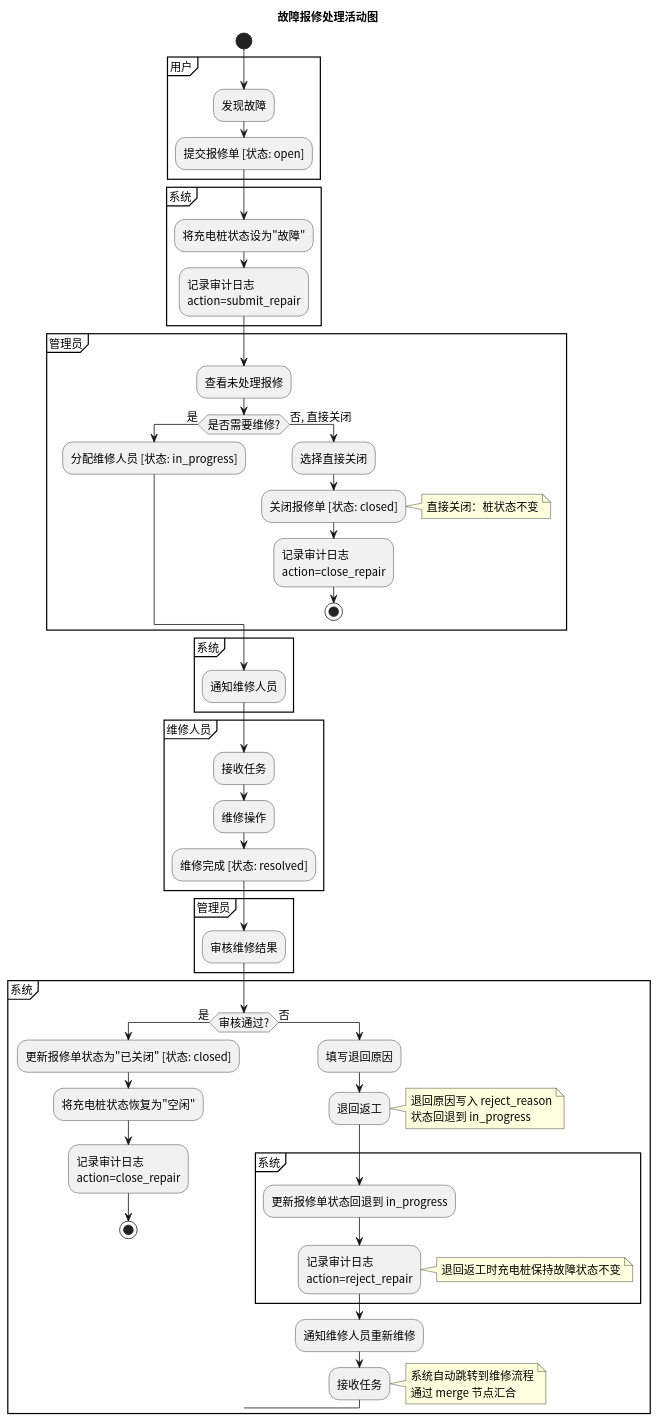
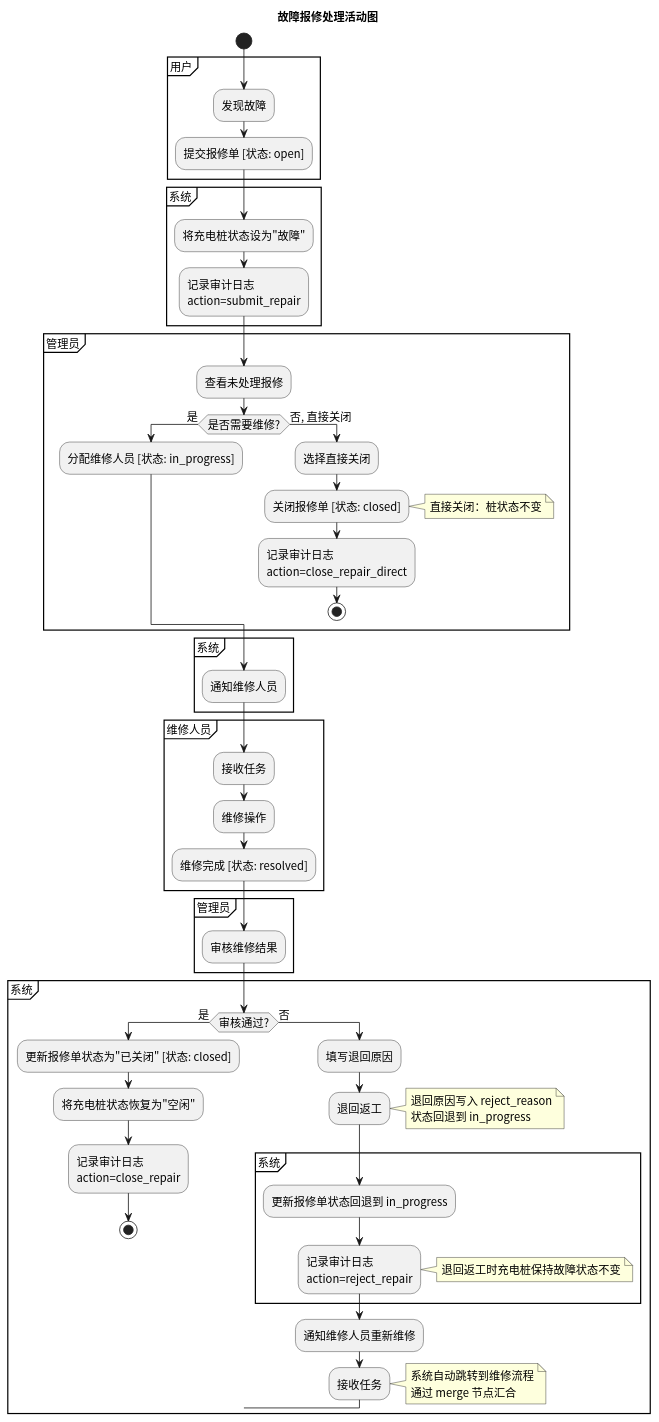
Before and after one commit to greenhandzdl/charging-station-doc: the diagram in activity/src/activity_repair.puml, drawn with PlantUML. The commit also changed 3 other files, not shown here.

First line of the commit message:
fix: 第21轮评估修复 — 跨图一致性补全（1 MINOR + 1 INFO）

```diff
--- a/activity/src/activity_repair.puml
+++ b/activity/src/activity_repair.puml
@@ -1,65 +1,65 @@
 @startuml
 skinparam defaultFontName "Noto Sans CJK SC"
 skinparam defaultFontSize 14
 title 故障报修处理活动图
 start
 
 partition "用户" {
   :发现故障;
   :提交报修单 [状态: open];
 }
 
 partition "系统" {
   :将充电桩状态设为"故障";
   :记录审计日志\naction=submit_repair;
 }
 
 partition "管理员" {
   :查看未处理报修;
   if (是否需要维修?) then (是)
     :分配维修人员 [状态: in_progress];
   else (否, 直接关闭)
     :选择直接关闭;
     :关闭报修单 [状态: closed];
     note right: 直接关闭：桩状态不变
-    :记录审计日志\naction=close_repair;
+    :记录审计日志\naction=close_repair_direct;
     stop
   endif
 }
 
 partition "系统" {
   :通知维修人员;
 }
 
 partition "维修人员" {
   :接收任务;
   :维修操作;
   :维修完成 [状态: resolved];
 }
 
 partition "管理员" {
   :审核维修结果;
 }
 
 partition "系统" {
   if (审核通过?) then (是)
     :更新报修单状态为"已关闭" [状态: closed];
     :将充电桩状态恢复为"空闲";
     :记录审计日志\naction=close_repair;
     stop
   else (否)
     :填写退回原因;
     :退回返工;
     note right: 退回原因写入 reject_reason\n状态回退到 in_progress
     partition "系统" {
       :更新报修单状态回退到 in_progress;
       :记录审计日志\naction=reject_repair;
       note right: 退回返工时充电桩保持故障状态不变
     }
     :通知维修人员重新维修;
     :接收任务;
     note right: 系统自动跳转到维修流程\n通过 merge 节点汇合
   endif
 }
 
 @enduml
```
